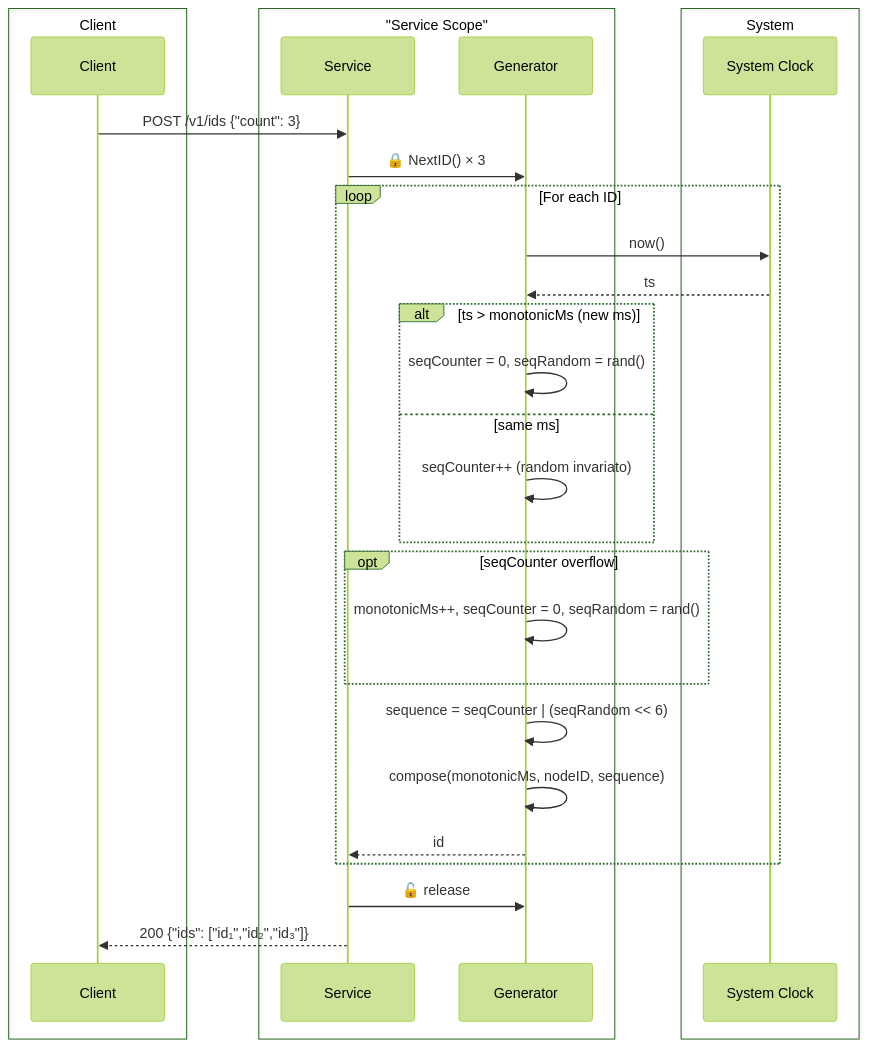
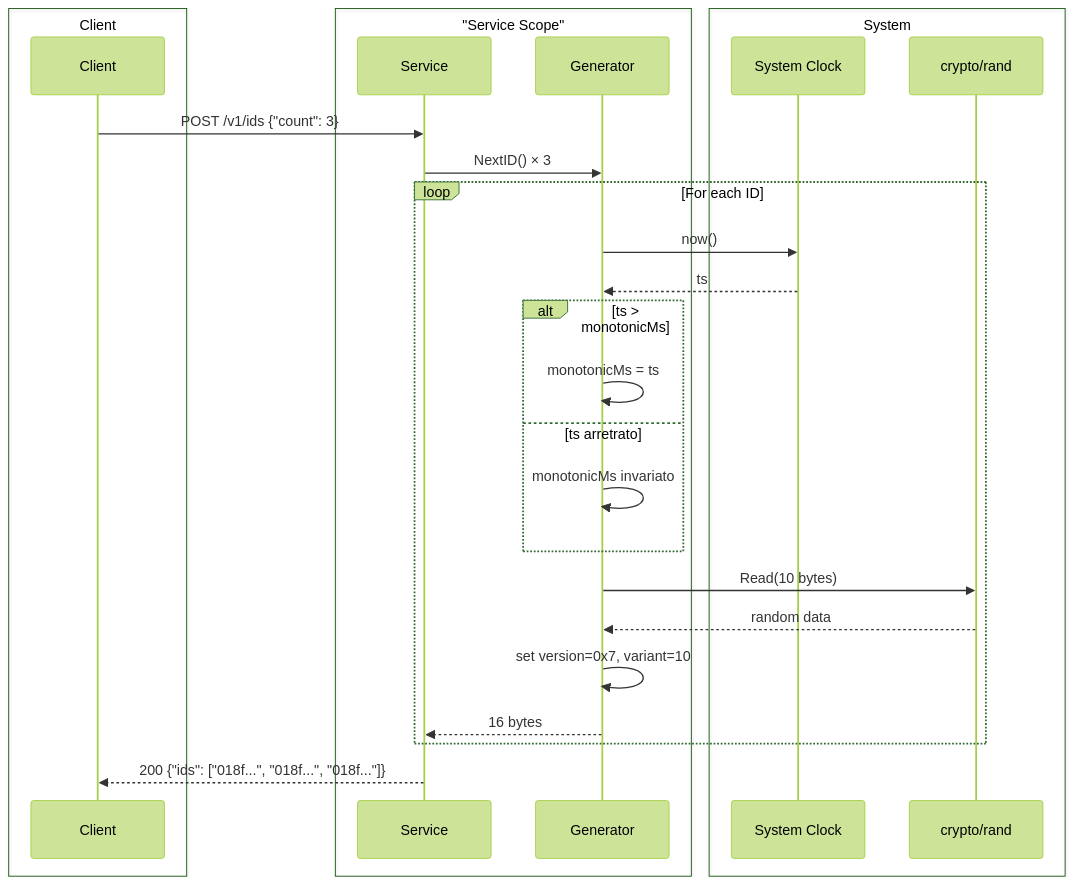
The third of 4 diagrams in docs/design/snowflake-algorithm-workflow.md (Albe83/snowflake-id-service), drawn with Mermaid (forest theme) before and after one commit. The commit also changed other lines of this file and 1 other file, not shown here.

Commit message:
docs: adopt 128-bit random payload design (MADR 0003), simplify workflow

````diff
--- a/docs/design/snowflake-algorithm-workflow.md
+++ b/docs/design/snowflake-algorithm-workflow.md
@@ -56,35 +46,33 @@
 ```mermaid
 sequenceDiagram
     box Client
         participant C as Client
     end
     box "Service Scope"
         participant S as Service
         participant G as Generator
     end
     box System
         participant Ck as System Clock
+        participant R as crypto/rand
     end
 
     C->>S: POST /v1/ids {"count": 3}
-    S->>G: 🔒 NextID() × 3
+    S->>G: NextID() × 3
 
     loop For each ID
         G->>Ck: now()
         Ck-->>G: ts
-        alt ts > monotonicMs (new ms)
-            G->>G: seqCounter = 0, seqRandom = rand()
-        else same ms
-            G->>G: seqCounter++ (random invariato)
+        alt ts > monotonicMs
+            G->>G: monotonicMs = ts
+        else ts arretrato
+            G->>G: monotonicMs invariato
         end
-        opt seqCounter overflow
-            G->>G: monotonicMs++, seqCounter = 0, seqRandom = rand()
-        end
-        G->>G: sequence = seqCounter | (seqRandom << 6)
-        G->>G: compose(monotonicMs, nodeID, sequence)
-        G-->>S: id
+        G->>R: Read(10 bytes)
+        R-->>G: random data
+        G->>G: set version=0x7, variant=10
+        G-->>S: 16 bytes
     end
 
-    S->>G: 🔓 release
-    S-->>C: 200 {"ids": ["id₁","id₂","id₃"]}
+    S-->>C: 200 {"ids": ["018f...", "018f...", "018f..."]}
 ```
````
